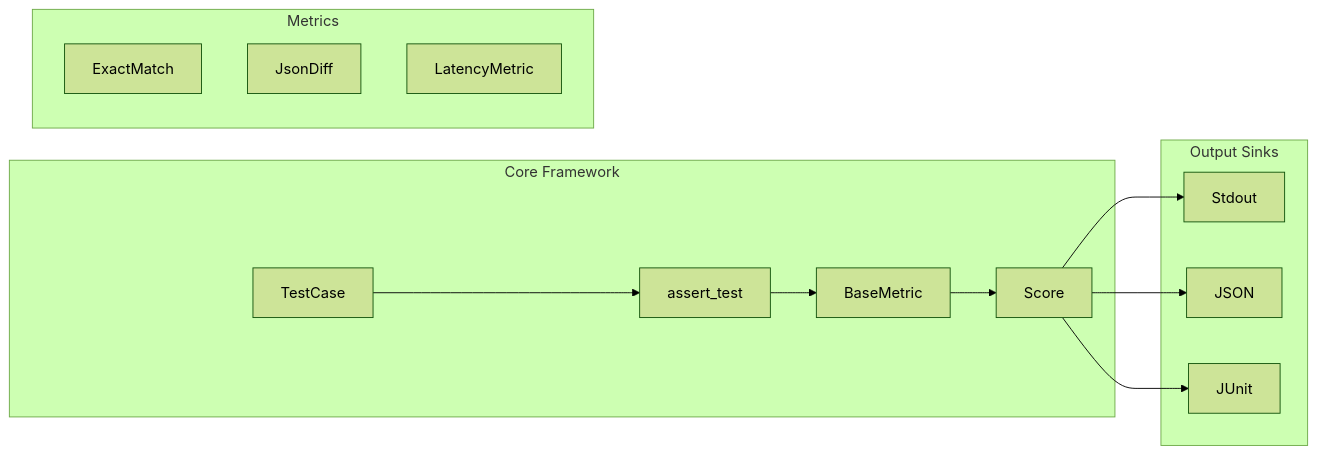
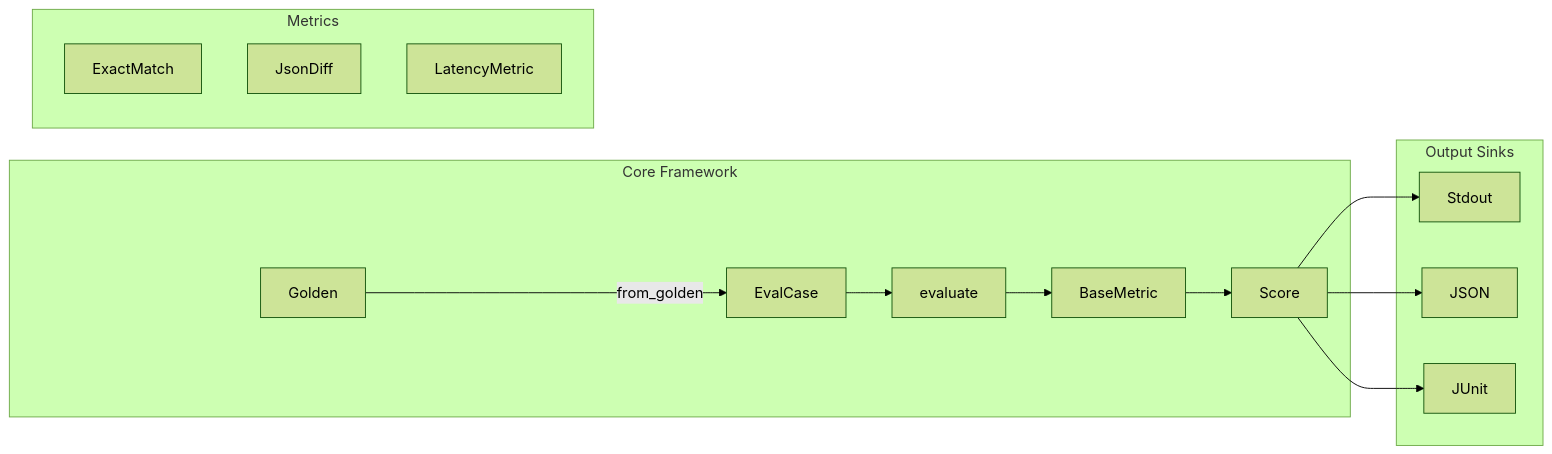
The second of 2 diagrams in PLAN.md (harness/harness-evals), drawn with Mermaid (forest theme) before and after one commit. The commit also changed other lines of this file and 32 other files, not shown here.

````diff
--- a/PLAN.md
+++ b/PLAN.md
@@ -102,24 +102,25 @@
 ```mermaid
 graph LR
     subgraph core [Core Framework]
-        TestCase --> assert_test
-        assert_test --> BaseMetric
+        Golden -->|from_golden| EvalCase
+        EvalCase --> evaluate
+        evaluate --> BaseMetric
         BaseMetric --> Score
     end
 
     subgraph metrics [Metrics]
         ExactMatch
         JsonDiff
         LatencyMetric
     end
 
     subgraph sinks [Output Sinks]
         Stdout
         JSON_sink["JSON"]
         JUnit
     end
 
     Score --> Stdout
     Score --> JSON_sink
     Score --> JUnit
 ```
````
